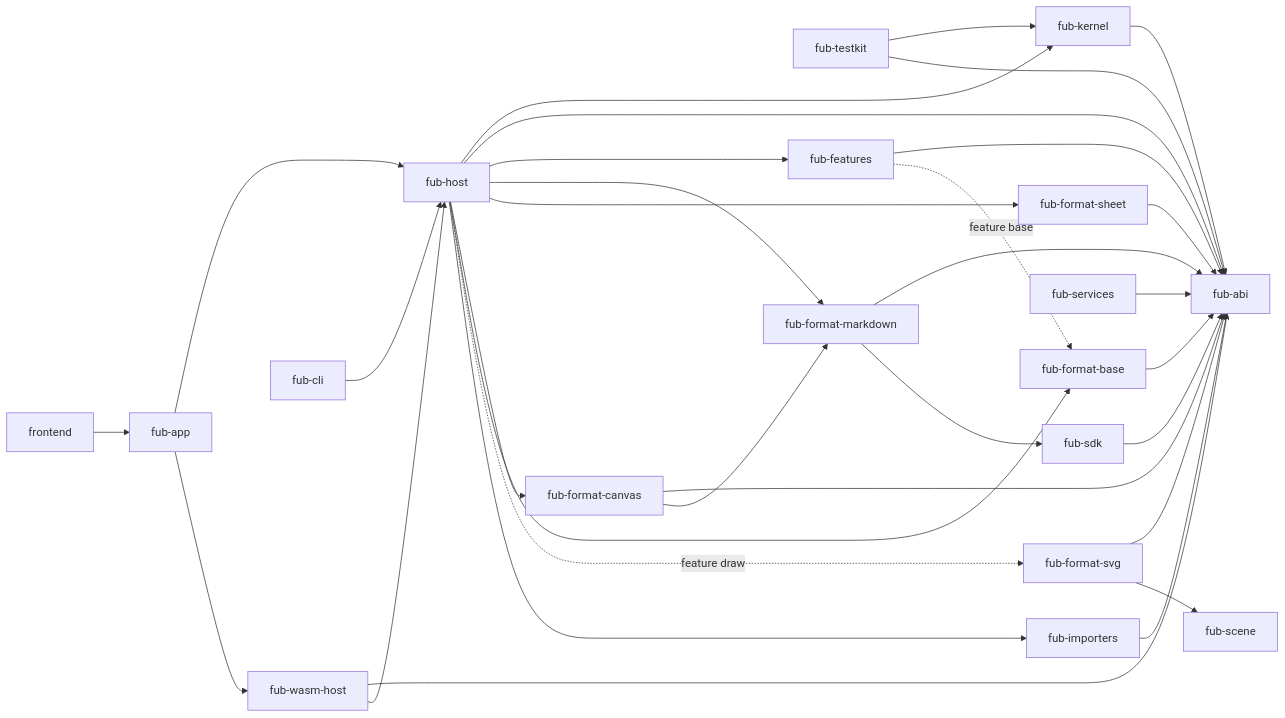
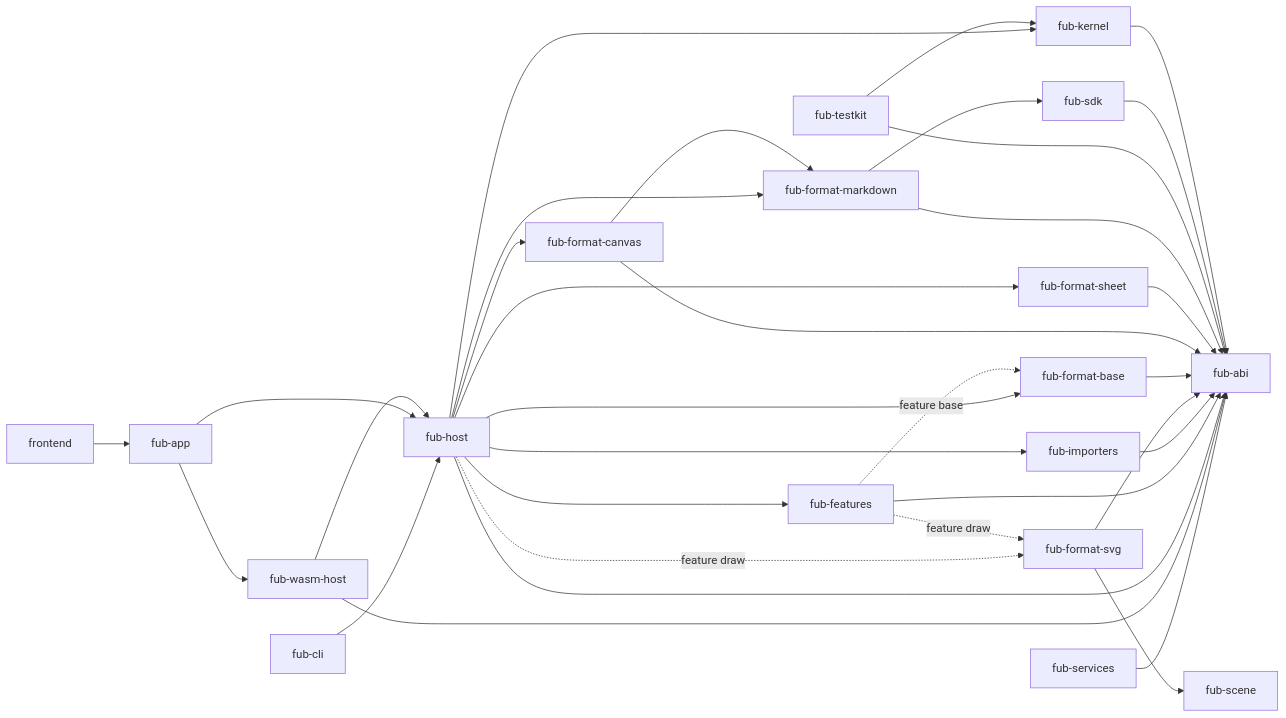
One commit to Fubeo/Fub changed the diagram in docs/architecture/components-and-boundaries.md. Above: the diagram before and after it, drawn with Mermaid. The commit also changed other lines of this file and 9 other files, not shown here.

````diff
--- a/docs/architecture/components-and-boundaries.md
+++ b/docs/architecture/components-and-boundaries.md
@@ -9,36 +9,37 @@
 ```mermaid
 flowchart LR
     ABI["fub-abi"]
     KERNEL["fub-kernel"] --> ABI
     SDK["fub-sdk"] --> ABI
     TESTKIT["fub-testkit"] --> KERNEL
     TESTKIT --> ABI
     MARKDOWN["fub-format-markdown"] --> ABI
     MARKDOWN --> SDK
     SHEET["fub-format-sheet"] --> ABI
     CANVAS["fub-format-canvas"] --> ABI
     CANVAS --> MARKDOWN
     BASE["fub-format-base"] --> ABI
     SCENE["fub-scene"]
     SVG["fub-format-svg"] --> ABI
     SVG --> SCENE
     IMPORTERS["fub-importers"] --> ABI
     FEATURES["fub-features"] --> ABI
     FEATURES -. "feature base" .-> BASE
+    FEATURES -. "feature draw" .-> SVG
     HOST["fub-host"] --> KERNEL
     HOST --> ABI
     HOST --> FEATURES
     HOST --> MARKDOWN
     HOST --> SHEET
     HOST --> CANVAS
     HOST --> BASE
     HOST -. "feature draw" .-> SVG
     HOST --> IMPORTERS
     WASM["fub-wasm-host"] --> ABI
     WASM --> HOST
     APP["fub-app"] --> HOST
     APP --> WASM
     CLI["fub-cli"] --> HOST
     SERVICES["fub-services"] --> ABI
     FRONTEND["frontend"] --> APP
 ```
````
